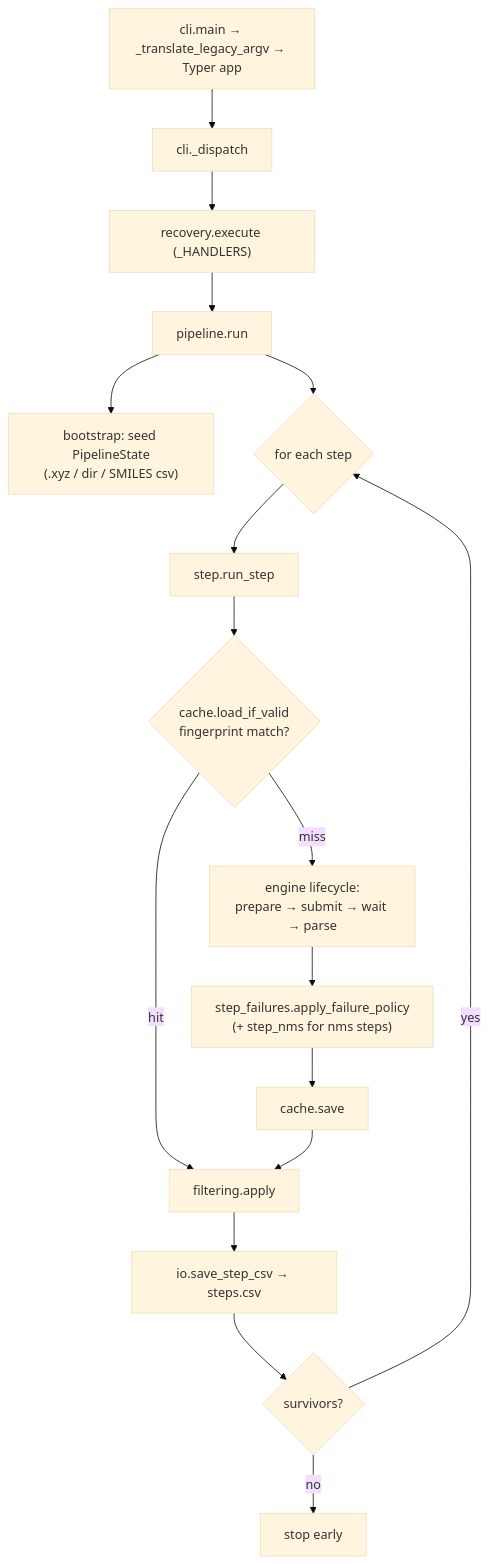
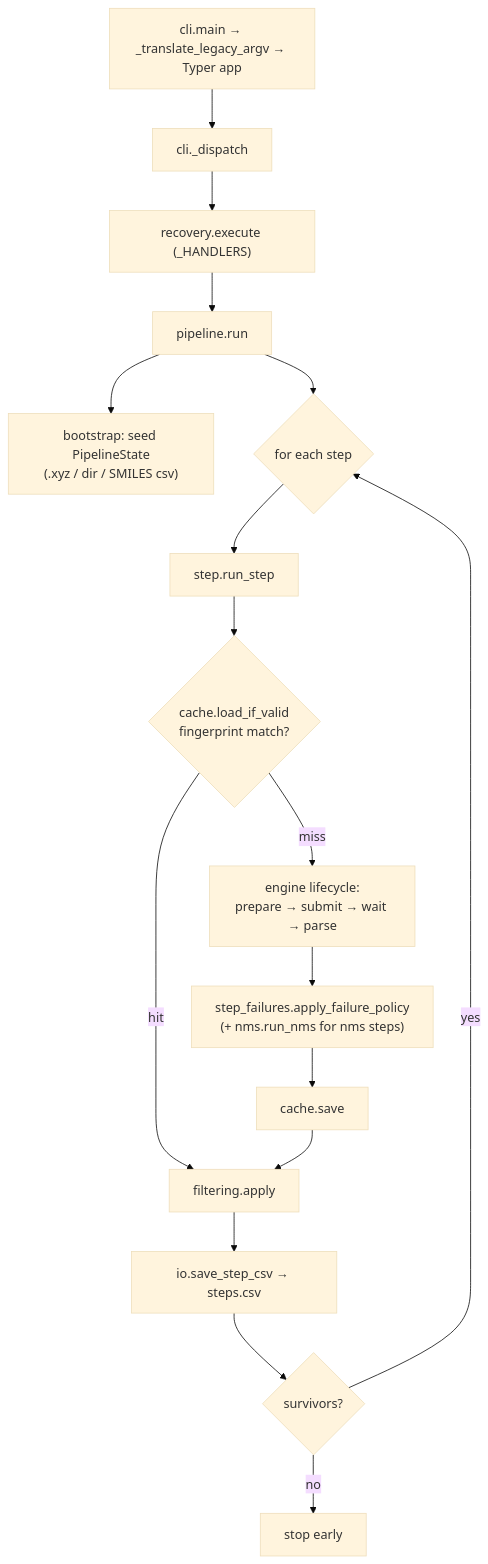
Before and after one commit to sterling-group/ChemRefine: the first of 2 diagrams in docs/concepts/architecture.md, drawn with Mermaid (base theme). The commit also changed other lines of this file and 31 other files, not shown here.

````diff
--- a/docs/concepts/architecture.md
+++ b/docs/concepts/architecture.md
@@ -25,19 +25,19 @@
 ```mermaid
 flowchart TD
   CLI["cli.main → _translate_legacy_argv → Typer app"] --> DISP["cli._dispatch"]
   DISP --> REC["recovery.execute (_HANDLERS)"]
   REC --> RUN["pipeline.run"]
   RUN --> BOOT["bootstrap: seed PipelineState\n(.xyz / dir / SMILES csv)"]
   RUN --> LOOP{"for each step"}
   LOOP --> STEP["step.run_step"]
   STEP --> CACHE{"cache.load_if_valid\nfingerprint match?"}
   CACHE -- hit --> FILT["filtering.apply"]
   CACHE -- miss --> LIFE["engine lifecycle:\nprepare → submit → wait → parse"]
-  LIFE --> POL["step_failures.apply_failure_policy\n(+ step_nms for nms steps)"]
+  LIFE --> POL["step_failures.apply_failure_policy\n(+ nms.run_nms for nms steps)"]
   POL --> SAVE["cache.save"]
   SAVE --> FILT
   FILT --> CSV["io.save_step_csv → steps.csv"]
   CSV --> NEXT{"survivors?"}
   NEXT -- yes --> LOOP
   NEXT -- no --> STOP["stop early"]
 ```
````
